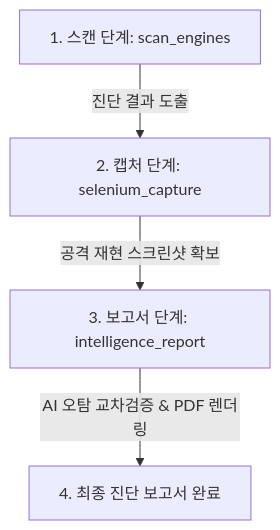
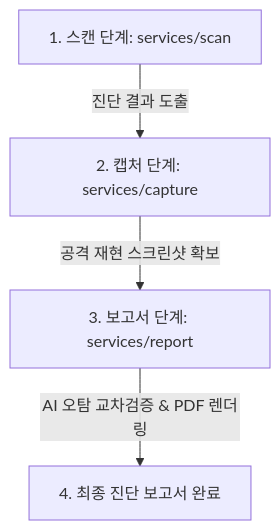
Before and after one commit to UR-ARGUS/ARGUS_Backend: the diagram in README.md, drawn with Mermaid. The commit also changed other lines of this file and 44 other files, not shown here.

````diff
--- a/README.md
+++ b/README.md
@@ -41,6 +63,6 @@
 ```mermaid
 graph TD
-    A[1. 스캔 단계: scan_engines] -->|진단 결과 도출| B[2. 캡처 단계: selenium_capture]
-    B -->|공격 재현 스크린샷 확보| C[3. 보고서 단계: intelligence_report]
+    A["1. 스캔 단계: services/scan"] -->|진단 결과 도출| B["2. 캡처 단계: services/capture"]
+    B -->|공격 재현 스크린샷 확보| C["3. 보고서 단계: services/report"]
     C -->|AI 오탐 교차검증 & PDF 렌더링| D[4. 최종 진단 보고서 완료]
 ```
````
